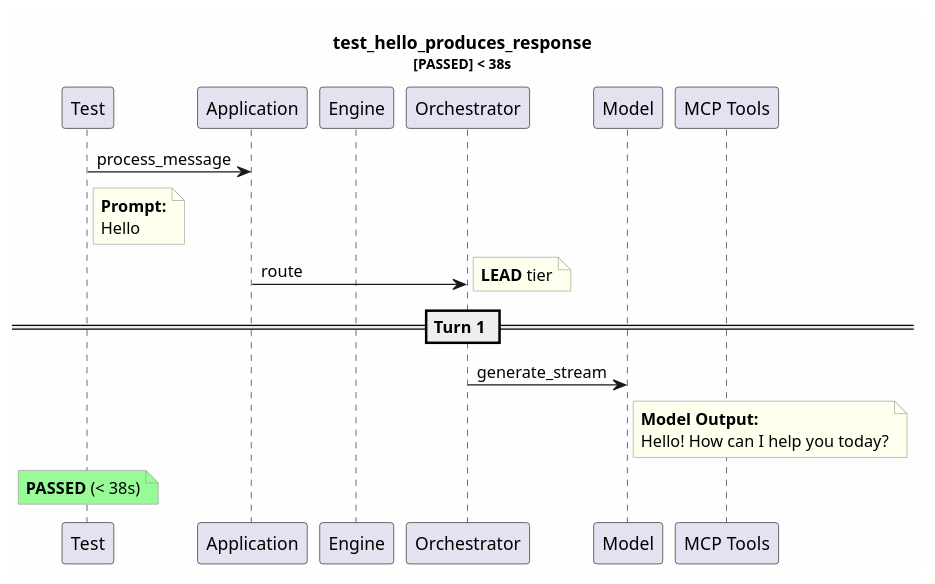
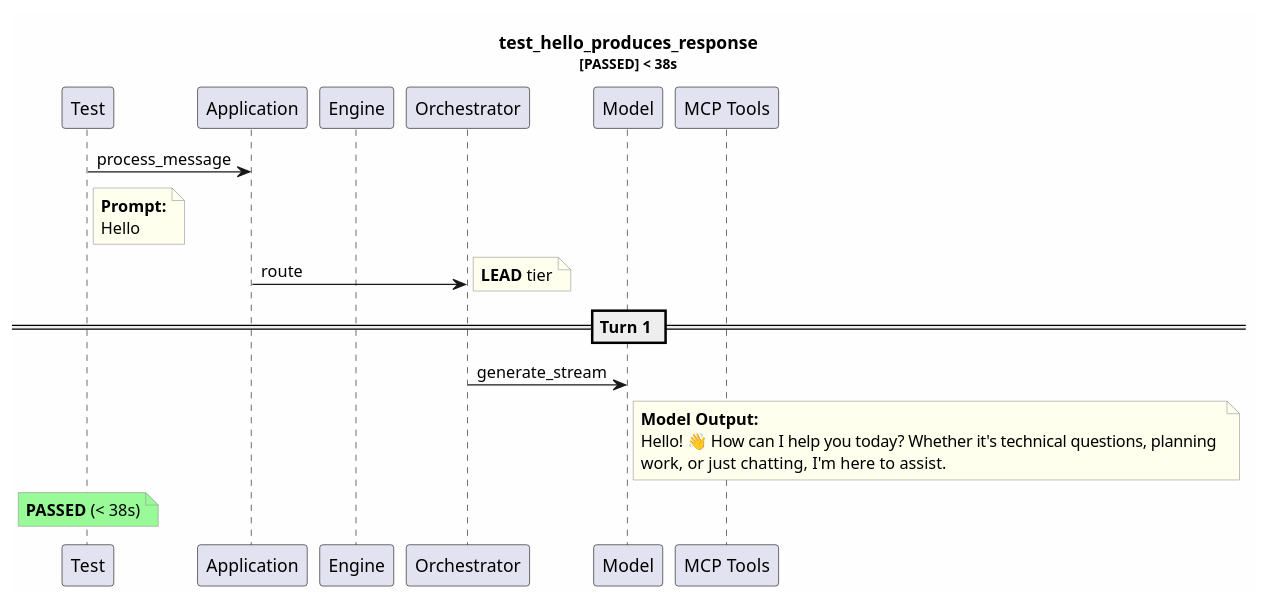
The diagram in test-reports/logs/test_hello_produces_response/test_hello_produces_response.puml (tvanfossen/entropic), drawn with PlantUML before and after one commit. The commit also changed 35 other files, not shown here.

```diff
--- a/test-reports/logs/test_hello_produces_response/test_hello_produces_response.puml
+++ b/test-reports/logs/test_hello_produces_response/test_hello_produces_response.puml
@@ -1,31 +1,32 @@
 @startuml
 skinparam backgroundColor #FEFEFE
 skinparam noteBorderColor #999999
 skinparam noteBackgroundColor #FFFFEE
 title test_hello_produces_response\n<size:11>[PASSED] < 38s</size>
 
 participant "Test" as T
 participant "Application" as App
 participant "Engine" as Eng
 participant "Orchestrator" as Orch
 participant "Model" as Mdl
 participant "MCP Tools" as MCP
 
 T -> App: process_message
 note right of T
   **Prompt:**
   Hello
 end note
 App -> Orch: route
 note right: **LEAD** tier
 == Turn 1 ==
 Orch -> Mdl: generate_stream
 note right of Mdl
   **Model Output:**
-  Hello! How can I help you today?
+  Hello! 👋 How can I help you today? Whether it's technical questions, planning 
+  work, or just chatting, I'm here to assist.
 end note
 note over T #palegreen
   **PASSED** (< 38s)
 end note
 
 @enduml
```
